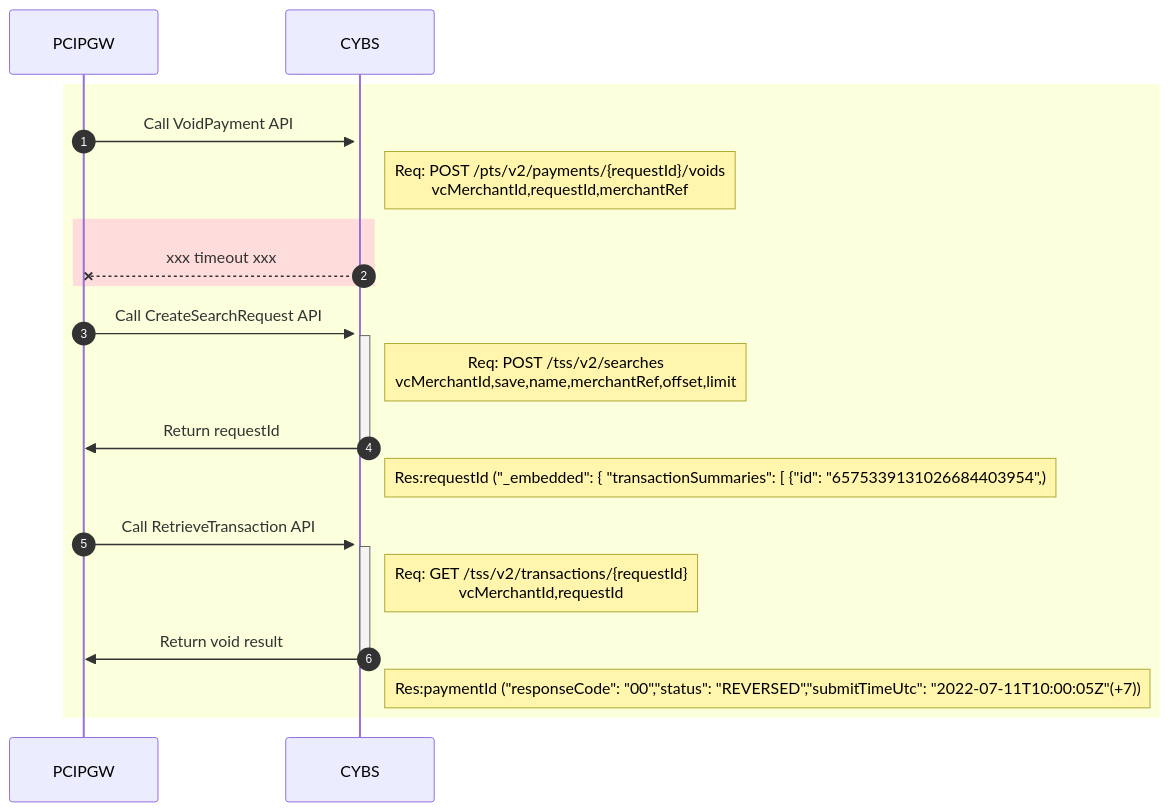
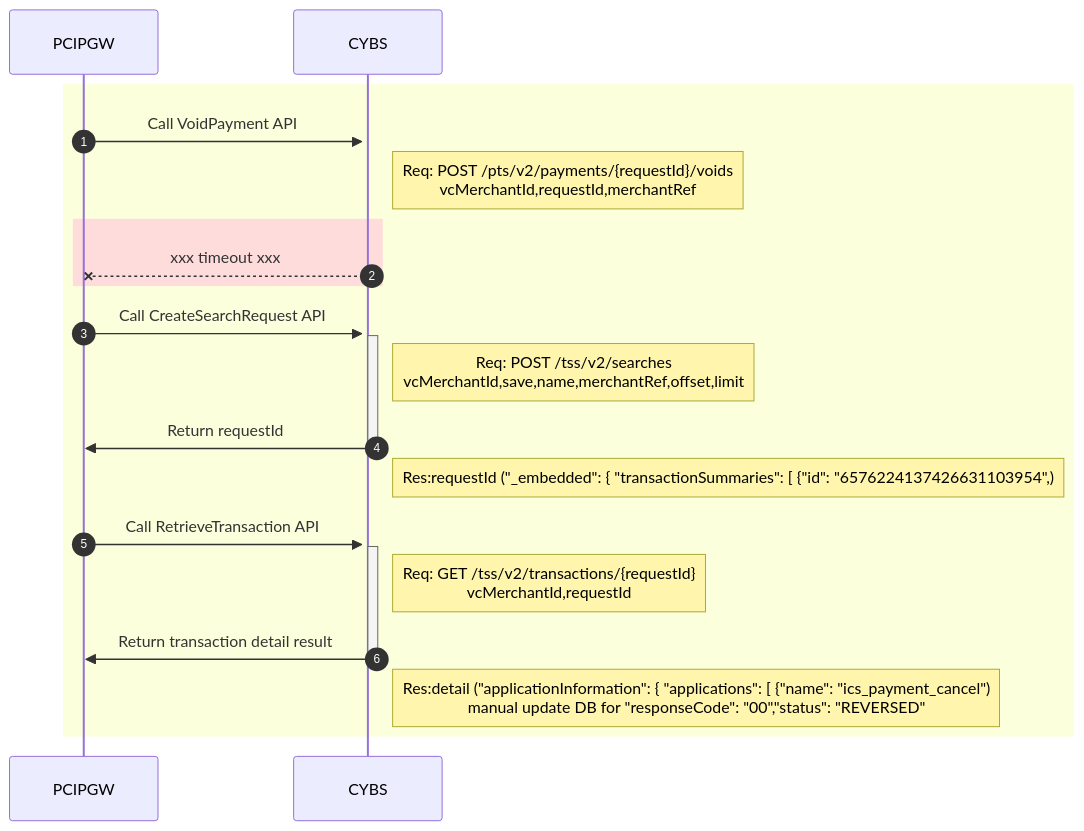
One commit to yuusuke25/MyNotes changed the sixth of 8 diagrams in Cybs-Ph2-Flow3.md. Above: the diagram before and after it, drawn with Mermaid. The commit also changed other lines of this file, not shown here.

````diff
--- a/Cybs-Ph2-Flow3.md
+++ b/Cybs-Ph2-Flow3.md
@@ -96,19 +105,19 @@
 ```mermaid
     sequenceDiagram
     autonumber
         rect rgb(252, 255, 220)
             PCIPGW->>+CYBS:Call VoidPayment API
             Note right of CYBS: Req: POST /pts/v2/payments/{requestId}/voids<br>vcMerchantId,requestId,merchantRef
             rect rgb(255, 220, 220)
               CYBS--XPCIPGW: xxx timeout xxx
             end
             PCIPGW->>+CYBS:Call CreateSearchRequest API
             Note right of CYBS: Req: POST /tss/v2/searches<br>vcMerchantId,save,name,merchantRef,offset,limit
             CYBS->>-PCIPGW:Return requestId
-            Note right of CYBS: Res:requestId ("_embedded": { "transactionSummaries": [ {"id": "6575339131026684403954",)
+            Note right of CYBS: Res:requestId ("_embedded": { "transactionSummaries": [ {"id": "6576224137426631103954",)
             PCIPGW->>+CYBS:Call RetrieveTransaction API
             Note right of CYBS: Req: GET /tss/v2/transactions/{requestId}<br>vcMerchantId,requestId
-            CYBS->>-PCIPGW:Return void result
-            Note right of CYBS: Res:paymentId ("responseCode": "00","status": "REVERSED","submitTimeUtc": "2022-07-11T10:00:05Z"(+7))
+            CYBS->>-PCIPGW:Return transaction detail result
+            Note right of CYBS: Res:detail ("applicationInformation": { "applications": [ {"name": "ics_payment_cancel")<BR>manual update DB for "responseCode": "00","status": "REVERSED"
         end
 ```
````
